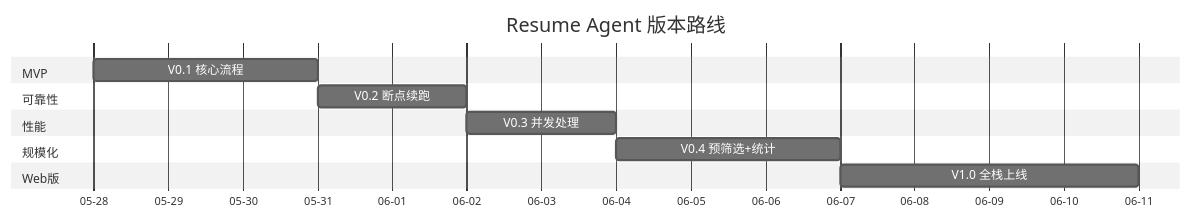
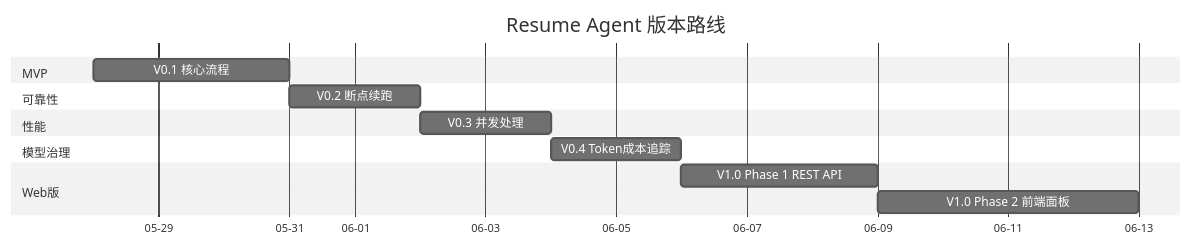
One commit to MT-SUPER-POWER/ResumeAgent changed the first of 6 diagrams in docs/roadmap.md. Above: the diagram before and after it, drawn with Mermaid (neutral theme). The commit also changed other lines of this file and 1 other file, not shown here.

Commit message:
docs(api): add V1.0 REST API design spec, update roadmap with Phase 1/2 split

````diff
--- a/docs/roadmap.md
+++ b/docs/roadmap.md
@@ -13,21 +15,22 @@
 ```mermaid
 gantt
   title Resume Agent 版本路线
   dateFormat  YYYY-MM-DD
   axisFormat  %m-%d
 
   section MVP
   V0.1 核心流程     :v01, 2026-05-28, 3d
 
   section 可靠性
   V0.2 断点续跑     :v02, after v01, 2d
 
   section 性能
   V0.3 并发处理     :v03, after v02, 2d
 
-  section 规模化
-  V0.4 预筛选+统计  :v04, after v03, 3d
+  section 模型治理
+  V0.4 Token成本追踪 :v04, after v03, 2d
 
   section Web版
-  V1.0 全栈上线     :v10, after v04, 4d
+  V1.0 Phase 1 REST API  :v10a, after v04, 3d
+  V1.0 Phase 2 前端面板   :v10b, after v10a, 4d
 ```
````
